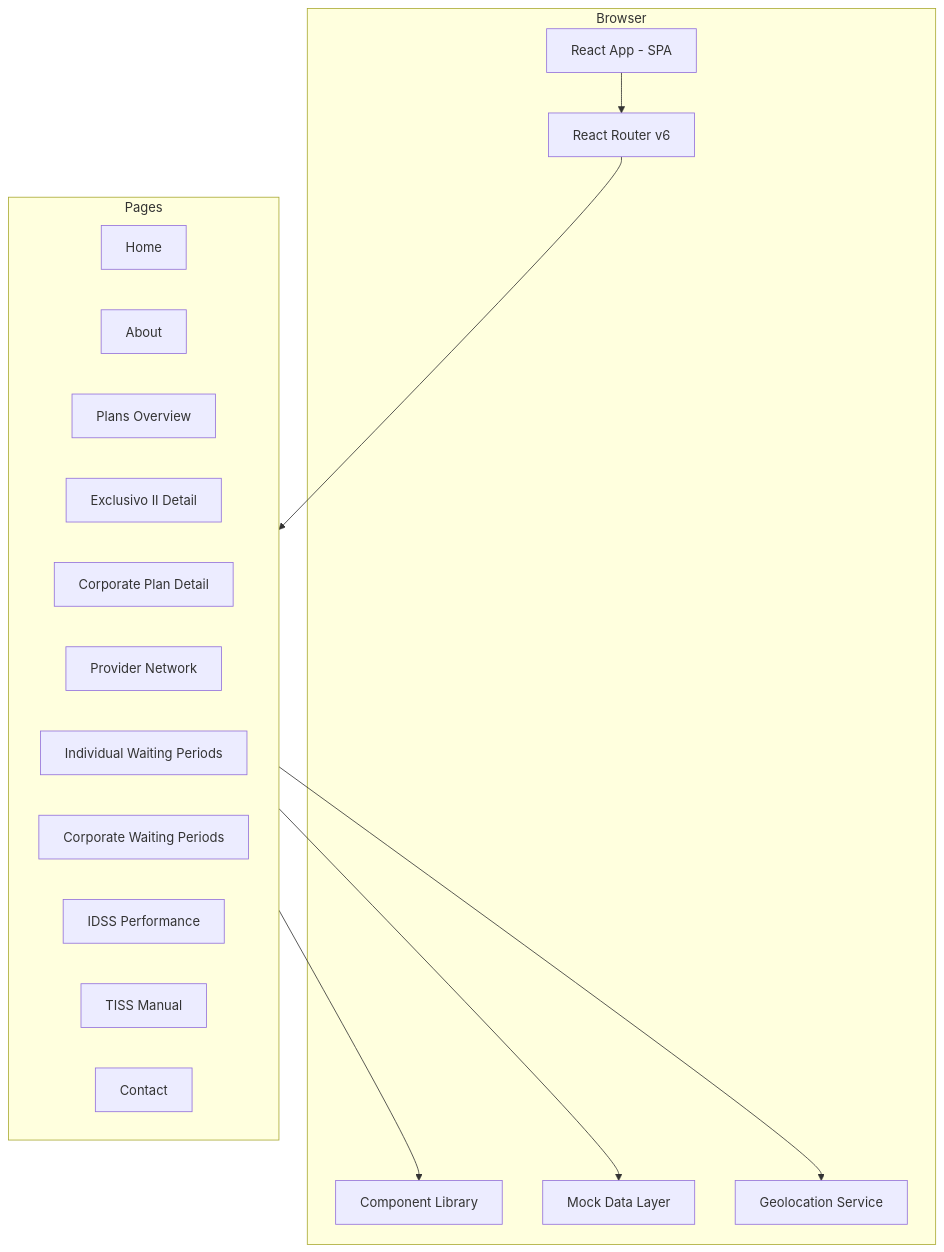
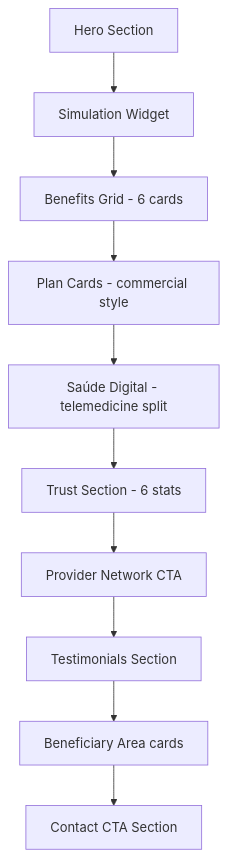
Before and after one commit to fnsdeividy/amacor-site: the second of 2 diagrams in .kiro/specs/amacor-website/design.md, drawn with Mermaid. The commit also changed other lines of this file and 11 other files, not shown here.

````diff
--- a/.kiro/specs/amacor-website/design.md
+++ b/.kiro/specs/amacor-website/design.md
@@ -22,30 +543,12 @@
 ```mermaid
 graph TD
-    subgraph Browser
-        A[React App - SPA]
-        B[React Router v6]
-        C[Component Library]
-        D[Mock Data Layer]
-        E[Geolocation Service]
-    end
-
-    A --> B
-    B --> Pages[11 Page Components]
-    Pages --> C
-    Pages --> D
-    Pages --> E
-
-    subgraph Pages
-        P1[Home]
-        P2[About]
-        P3[Plans Overview]
-        P4[Exclusivo II Detail]
-        P5[Corporate Plan Detail]
-        P6[Provider Network]
-        P7[Individual Waiting Periods]
-        P8[Corporate Waiting Periods]
-        P9[IDSS Performance]
-        P10[TISS Manual]
-        P11[Contact]
-    end
+    A[Hero Section] --> B[Simulation Widget]
+    B --> C[Benefits Grid - 6 cards]
+    C --> D[Plan Cards - commercial style]
+    D --> E[Saúde Digital - telemedicine split]
+    E --> F[Trust Section - 6 stats]
+    F --> G[Provider Network CTA]
+    G --> H[Testimonials Section]
+    H --> I[Beneficiary Area cards]
+    I --> J[Contact CTA Section]
 ```
````
